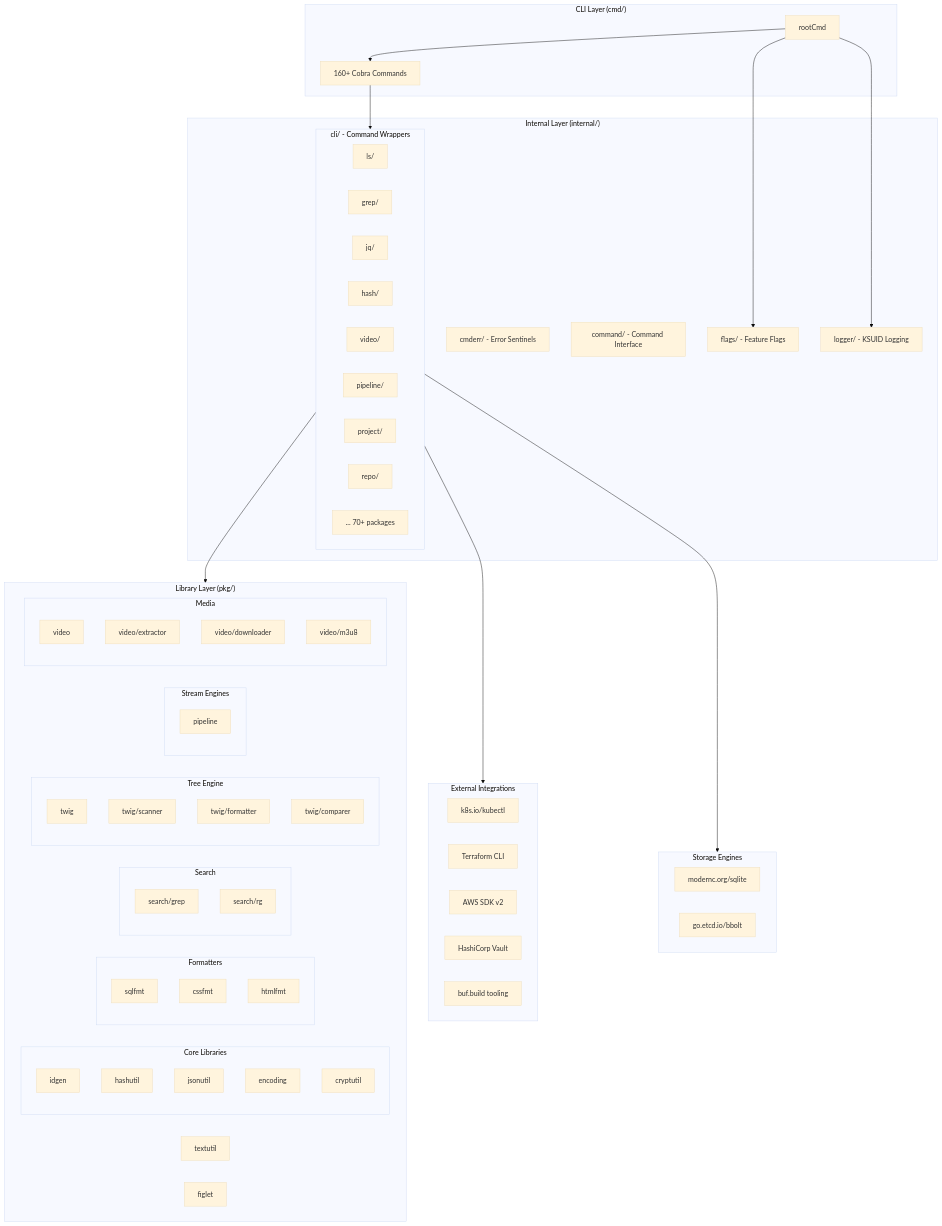
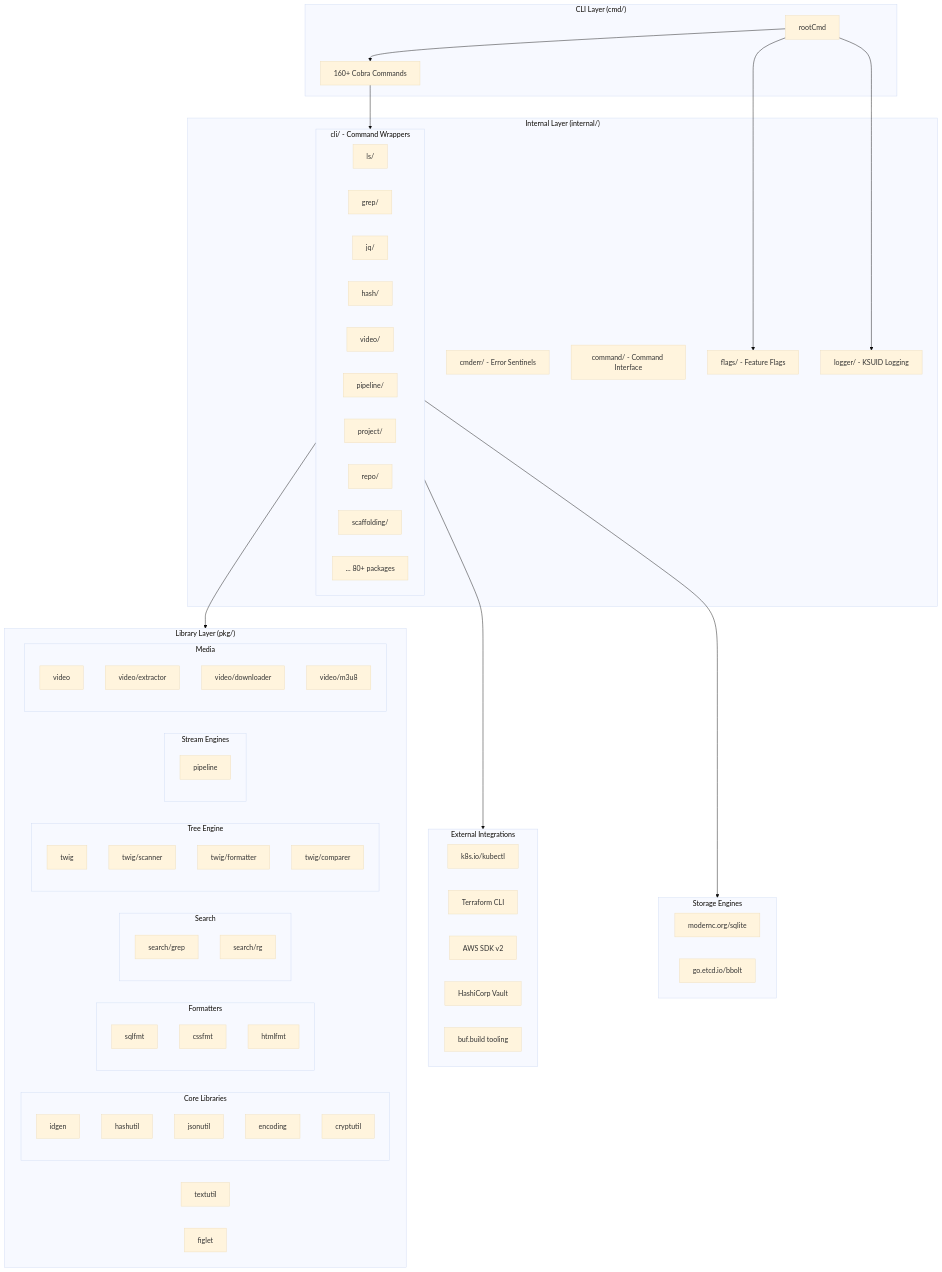
Before and after one commit to inovacc/omni: the first of 6 diagrams in docs/ARCHITECTURE.md, drawn with Mermaid (base theme). The commit also changed other lines of this file and 10 other files, not shown here.

```diff
--- a/docs/ARCHITECTURE.md
+++ b/docs/ARCHITECTURE.md
@@ -20,7 +20,8 @@
             Pipeline[pipeline/]
             Project[project/]
             Repo[repo/]
-            More["... 70+ packages"]
+            Scaffold[scaffolding/]
+            More["... 80+ packages"]
         end
         CmdErr[cmderr/ - Error Sentinels]
         Command[command/ - Command Interface]
```
